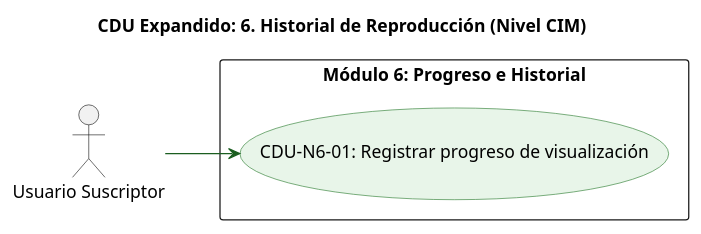
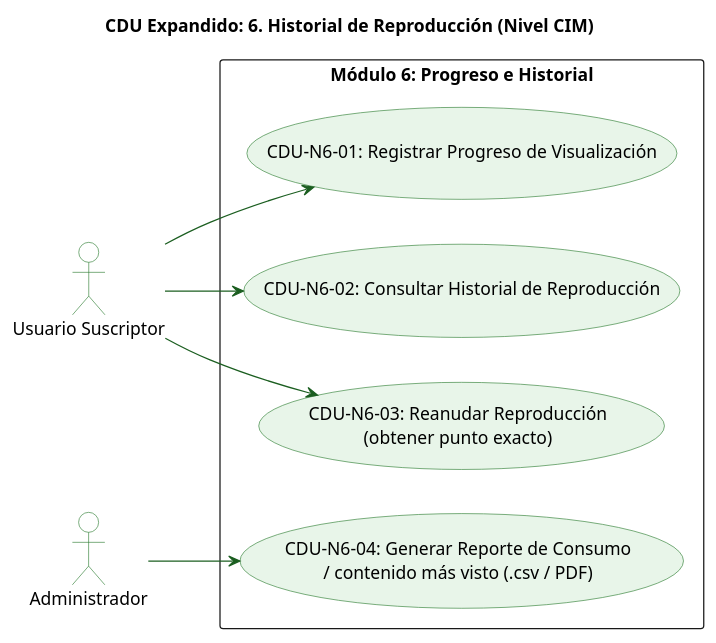
Before and after one commit to DMoises/-SA_PROYECTO_G4: the diagram in docs/temp/diagrams/casos de uso/6_historial.puml, drawn with PlantUML. The commit also changed 3 other files, not shown here.

Commit message:
docs: reconstruir CDU 4-7 desde codigo y agregar casos de uso de Fase 2

```diff
--- a/docs/temp/diagrams/casos de uso/6_historial.puml
+++ b/docs/temp/diagrams/casos de uso/6_historial.puml
@@ -1,18 +1,32 @@
 @startuml
 left to right direction
 skinparam packageStyle rectangle
 skinparam usecase {
   BackgroundColor #E8F5E9
   BorderColor #2E7D32
   ArrowColor #1B5E20
 }
+skinparam actor {
+  BackgroundColor #FFFFFF
+  BorderColor #2E7D32
+}
 title CDU Expandido: 6. Historial de Reproducción (Nivel CIM)
 
 actor "Usuario Suscriptor" as suscriptor
+actor "Administrador" as admin
 
 package "Módulo 6: Progreso e Historial" {
-  usecase "CDU-N6-01: Registrar progreso de visualización" as registrar
+  ' Base alineada con history-service (SaveProgress / GetHistory / GetResume)
+  usecase "CDU-N6-01: Registrar Progreso de Visualización" as registrar
+  usecase "CDU-N6-02: Consultar Historial de Reproducción" as consultar
+  usecase "CDU-N6-03: Reanudar Reproducción\n(obtener punto exacto)" as reanudar
+  ' Fase 2
+  usecase "CDU-N6-04: Generar Reporte de Consumo\n/ contenido más visto (.csv / PDF)" as reporte
 }
 
 suscriptor --> registrar
+suscriptor --> consultar
+suscriptor --> reanudar
+admin --> reporte
+
 @enduml
```
